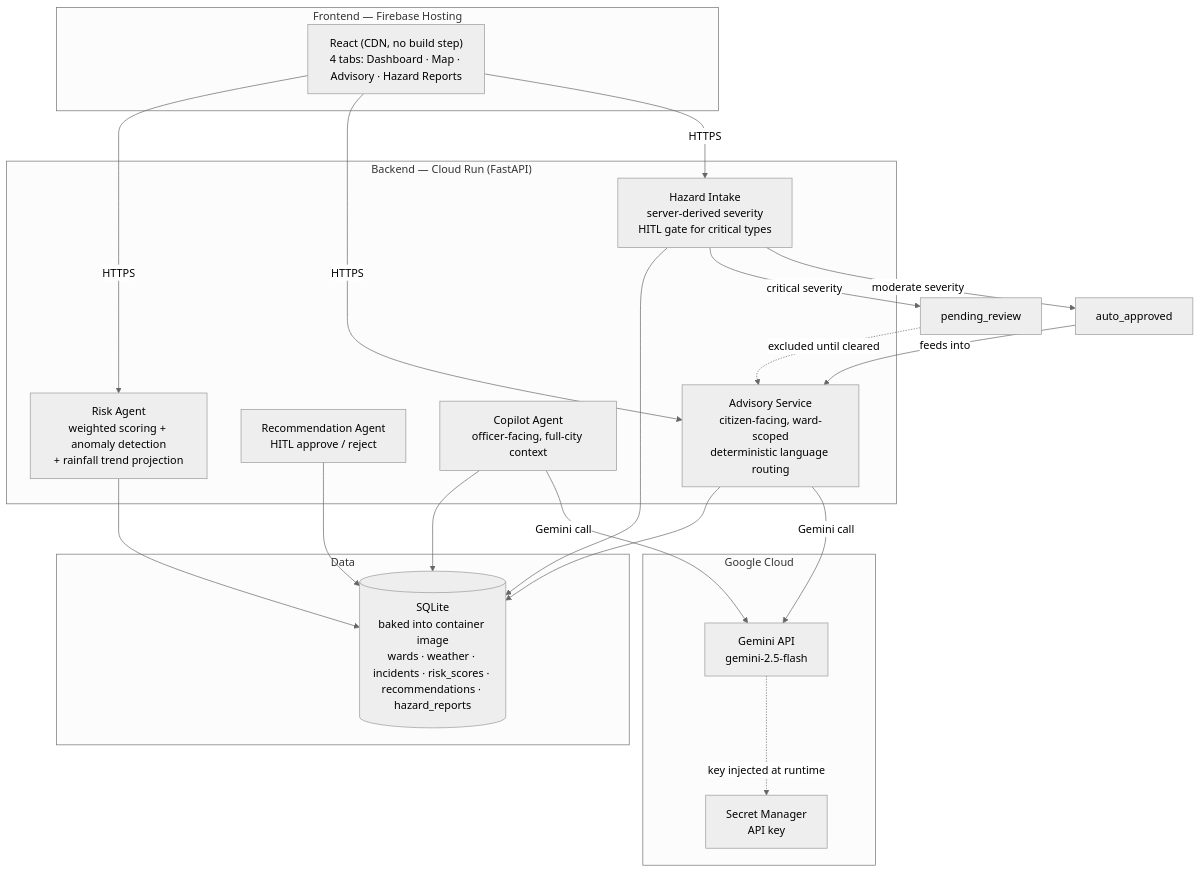
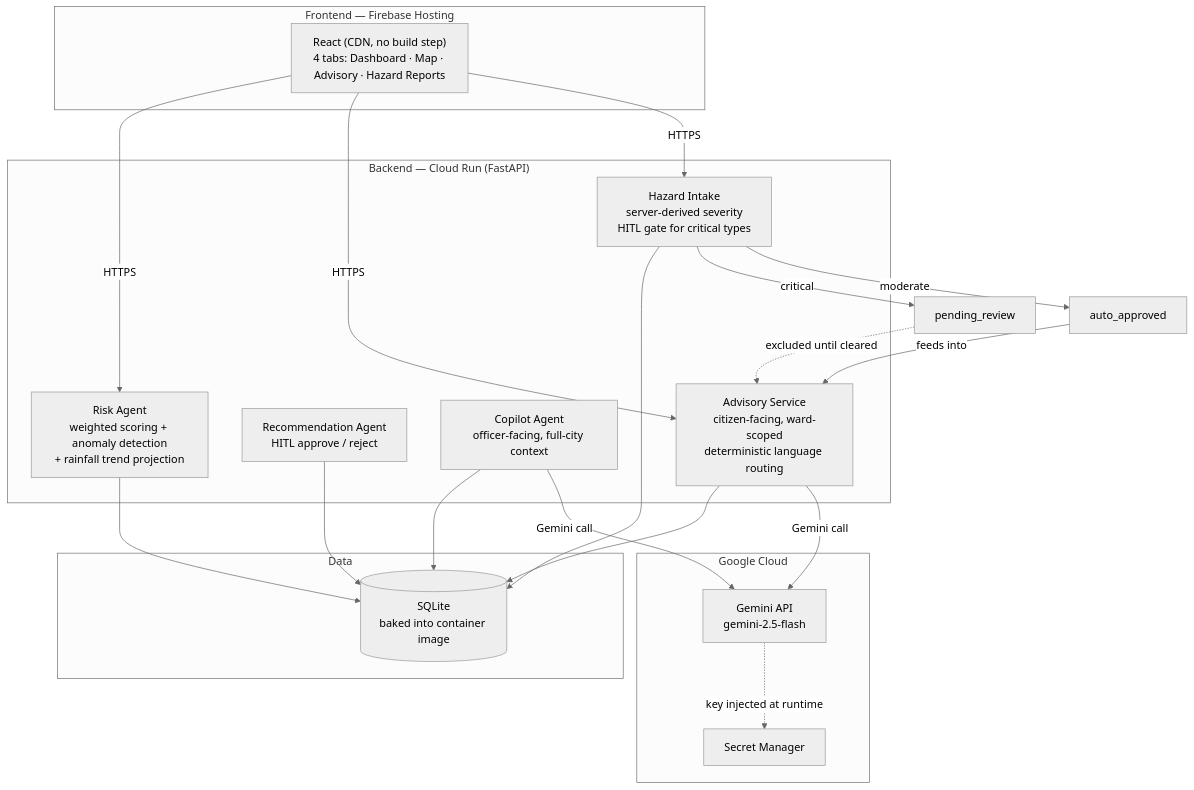
Before and after one commit to fariha548/apac-city-resilience-copilot: the first of 2 diagrams in README.md, drawn with Mermaid (neutral theme). The commit also changed other lines of this file, not shown here.

````diff
--- a/README.md
+++ b/README.md
@@ -43,42 +73,42 @@
 ```mermaid
 flowchart TB
     subgraph Client["Frontend — Firebase Hosting"]
         UI["React (CDN, no build step)\n4 tabs: Dashboard · Map · Advisory · Hazard Reports"]
     end
 
     subgraph Backend["Backend — Cloud Run (FastAPI)"]
         RiskAgent["Risk Agent\nweighted scoring + anomaly detection\n+ rainfall trend projection"]
         RecAgent["Recommendation Agent\nHITL approve / reject"]
         Copilot["Copilot Agent\nofficer-facing, full-city context"]
         Advisory["Advisory Service\ncitizen-facing, ward-scoped\ndeterministic language routing"]
         Hazard["Hazard Intake\nserver-derived severity\nHITL gate for critical types"]
     end
 
     subgraph Data["Data"]
-        DB[("SQLite\nbaked into container image\nwards · weather · incidents · risk_scores · recommendations · hazard_reports")]
+        DB[("SQLite\nbaked into container image")]
     end
 
     subgraph Google["Google Cloud"]
         Gemini["Gemini API\ngemini-2.5-flash"]
-        Secrets["Secret Manager\nAPI key"]
+        Secrets["Secret Manager"]
     end
 
     UI -->|HTTPS| RiskAgent
     UI -->|HTTPS| Advisory
     UI -->|HTTPS| Hazard
 
     RiskAgent --> DB
     RecAgent --> DB
     Copilot --> DB
     Advisory --> DB
     Hazard --> DB
 
     Copilot -->|Gemini call| Gemini
     Advisory -->|Gemini call| Gemini
     Gemini -.->|key injected at runtime| Secrets
 
-    Hazard -->|critical severity| Pending["pending_review"]
-    Hazard -->|moderate severity| Auto["auto_approved"]
+    Hazard -->|critical| Pending["pending_review"]
+    Hazard -->|moderate| Auto["auto_approved"]
     Pending -.->|excluded until cleared| Advisory
     Auto -->|feeds into| Advisory
 ```
````
